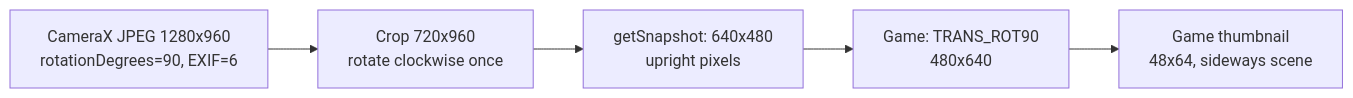
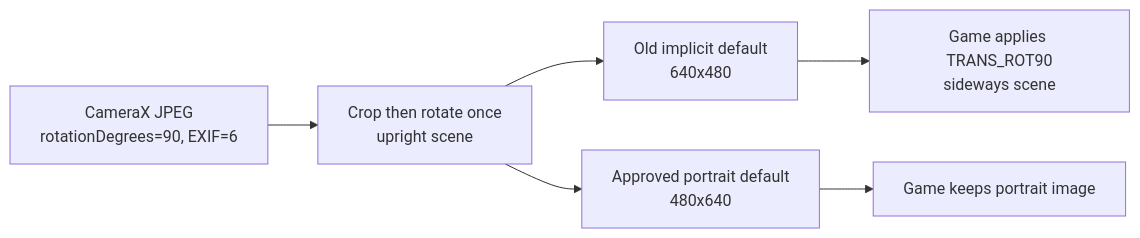
One commit to H3nb/JL-Mod-Plus changed the diagram in docs/camera-pr175-device-investigation.md. Above: the diagram before and after it, drawn with Mermaid. The commit also changed other lines of this file and 3 other files, not shown here.

````diff
--- a/docs/camera-pr175-device-investigation.md
+++ b/docs/camera-pr175-device-investigation.md
@@ -48,7 +87,8 @@
 ```mermaid
 flowchart LR
-    A["CameraX JPEG 1280x960<br/>rotationDegrees=90, EXIF=6"] --> B["Crop 720x960<br/>rotate clockwise once"]
-    B --> C["getSnapshot: 640x480<br/>upright pixels"]
-    C --> D["Game: TRANS_ROT90<br/>480x640"]
-    D --> E["Game thumbnail<br/>48x64, sideways scene"]
+    A["CameraX JPEG<br/>rotationDegrees=90, EXIF=6"] --> B["Crop then rotate once<br/>upright scene"]
+    B --> C["Old implicit default<br/>640x480"]
+    C --> D["Game applies TRANS_ROT90<br/>sideways scene"]
+    B --> E["Approved portrait default<br/>480x640"]
+    E --> F["Game keeps portrait image"]
 ```
````
